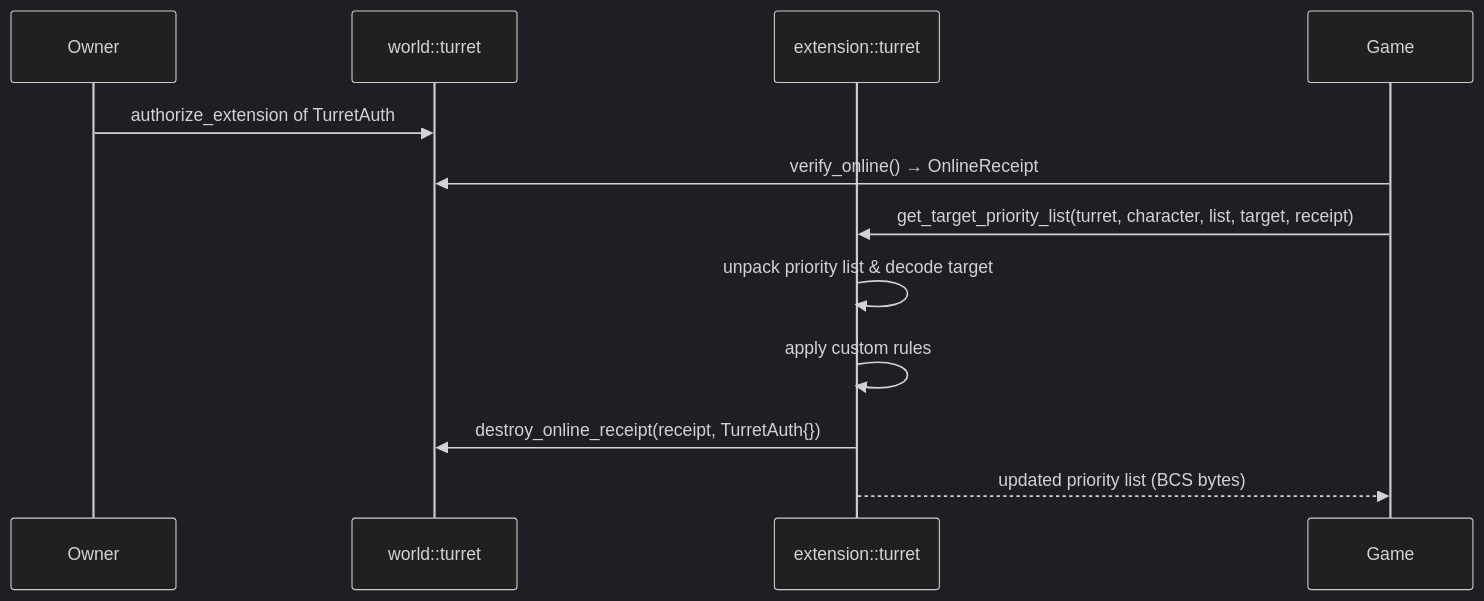
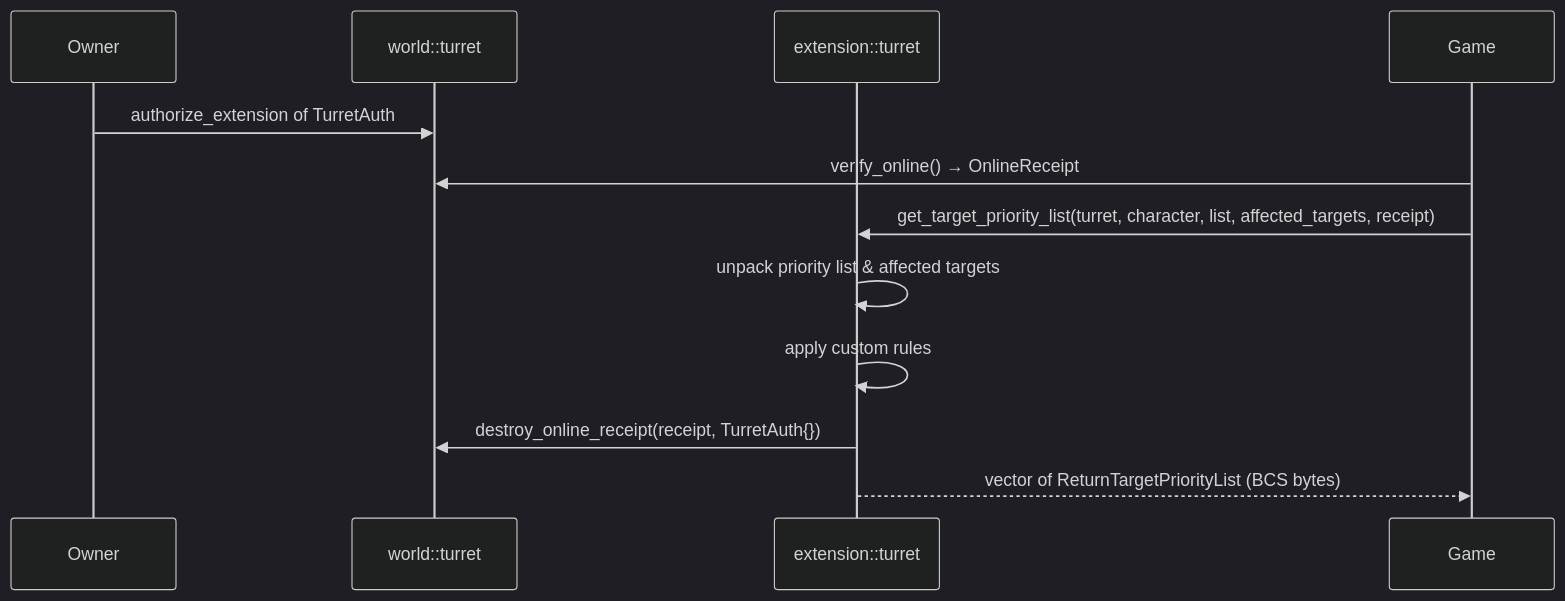
One commit to Scetrov/frontier.scetrov.live changed the diagram in content/develop/world-contracts/extension-examples/turret.move.md. Above: the diagram before and after it, drawn with Mermaid (dark theme). The commit also changed other lines of this file and 8 other files, not shown here.

````diff
--- a/content/develop/world-contracts/extension-examples/turret.move.md
+++ b/content/develop/world-contracts/extension-examples/turret.move.md
@@ -32,15 +32,15 @@
 ```mermaid
 sequenceDiagram
     participant Owner
     participant Turret as world::turret
     participant Ext as extension::turret
     participant Game
 
     Owner->>Turret: authorize_extension of TurretAuth
     Game->>Turret: verify_online() → OnlineReceipt
-    Game->>Ext: get_target_priority_list(turret, character, list, target, receipt)
-    Ext->>Ext: unpack priority list & decode target
+    Game->>Ext: get_target_priority_list(turret, character, list, affected_targets, receipt)
+    Ext->>Ext: unpack priority list & affected targets
     Ext->>Ext: apply custom rules
     Ext->>Turret: destroy_online_receipt(receipt, TurretAuth{})
-    Ext-->>Game: updated priority list (BCS bytes)
+    Ext-->>Game: vector of ReturnTargetPriorityList (BCS bytes)
 ```
````
